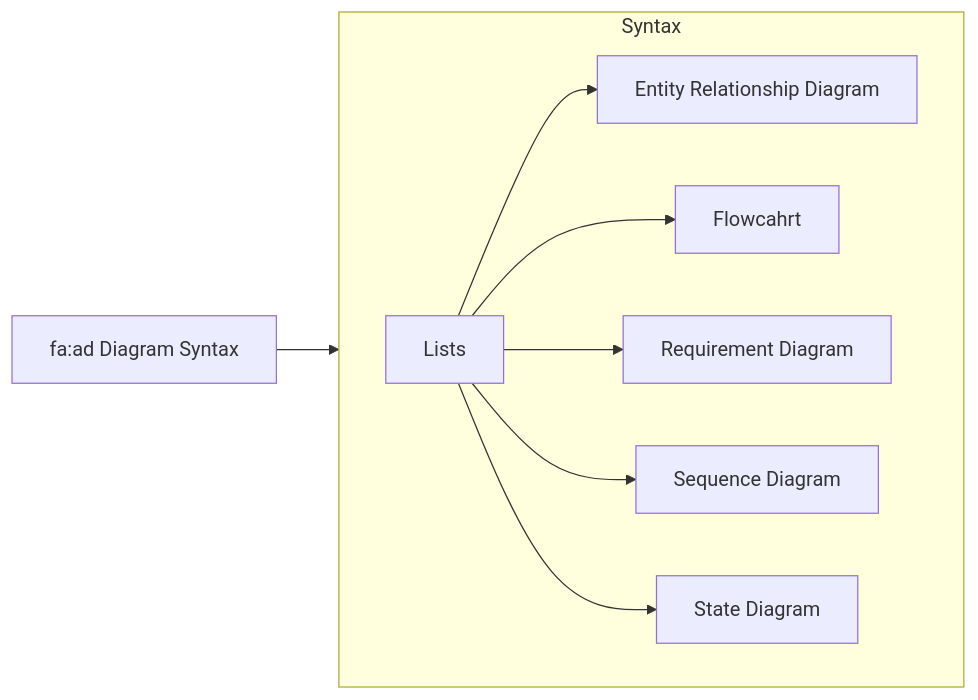
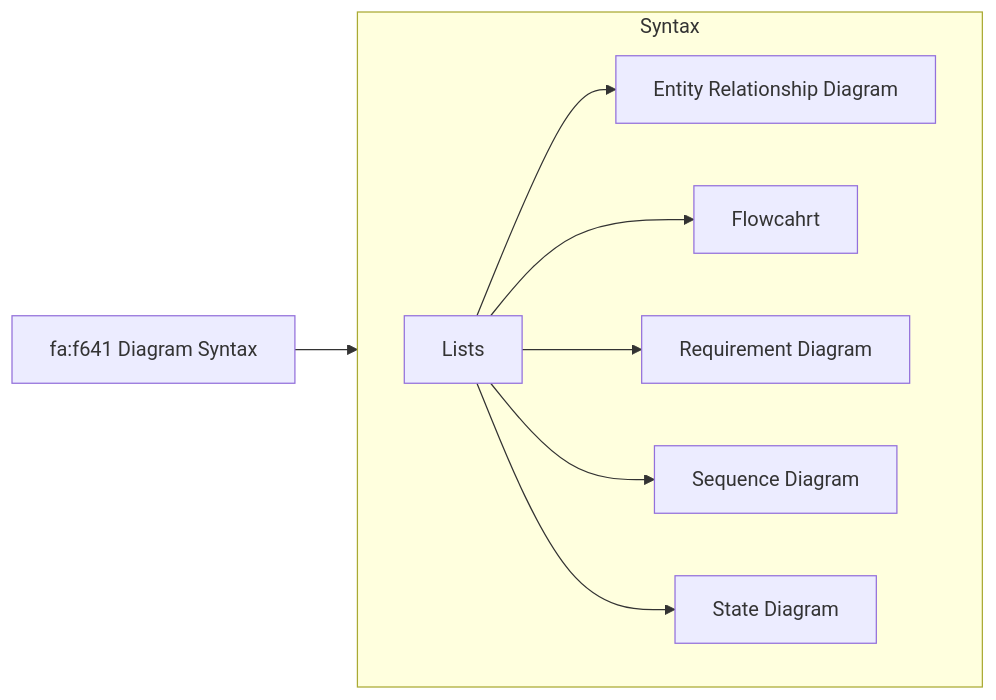
Before and after one commit to mindulle/garden: the diagram in content/Develop/Trees/Dev/Programming/Libs&Fwks/By subject/Diagraming/mermaid.js/contents/Diagram Syntax/🎉Diagram Syntax.md, drawn with Mermaid.

Commit message:
backup: 2023-01-05 in GP66
Affected files:
content/Develop/Trees/Dev/Programming/Libs&Fwks/By subject/Diagraming/mermaid.js/contents/Diagram Syntax/🎉Diagram Syntax.md

````diff
--- a/content/Develop/Trees/Dev/Programming/Libs&Fwks/By subject/Diagraming/mermaid.js/contents/Diagram Syntax/🎉Diagram Syntax.md
+++ b/content/Develop/Trees/Dev/Programming/Libs&Fwks/By subject/Diagraming/mermaid.js/contents/Diagram Syntax/🎉Diagram Syntax.md
@@ -21,12 +21,12 @@
 ```mermaid
 flowchart LR
-	Entry[fa:ad Diagram Syntax] --> Lists
+	Entry[fa:f641 Diagram Syntax] --> Lists
 	subgraph Syntax
 		direction LR
 		Lists --> ERD[Entity Relationship Diagram]
 		Lists --> FlOW[Flowcahrt]
 		Lists --> REQ[Requirement Diagram]
 		Lists --> SEQ[Sequence Diagram]
 		Lists --> SD[State Diagram]
 	end
 ```
````
